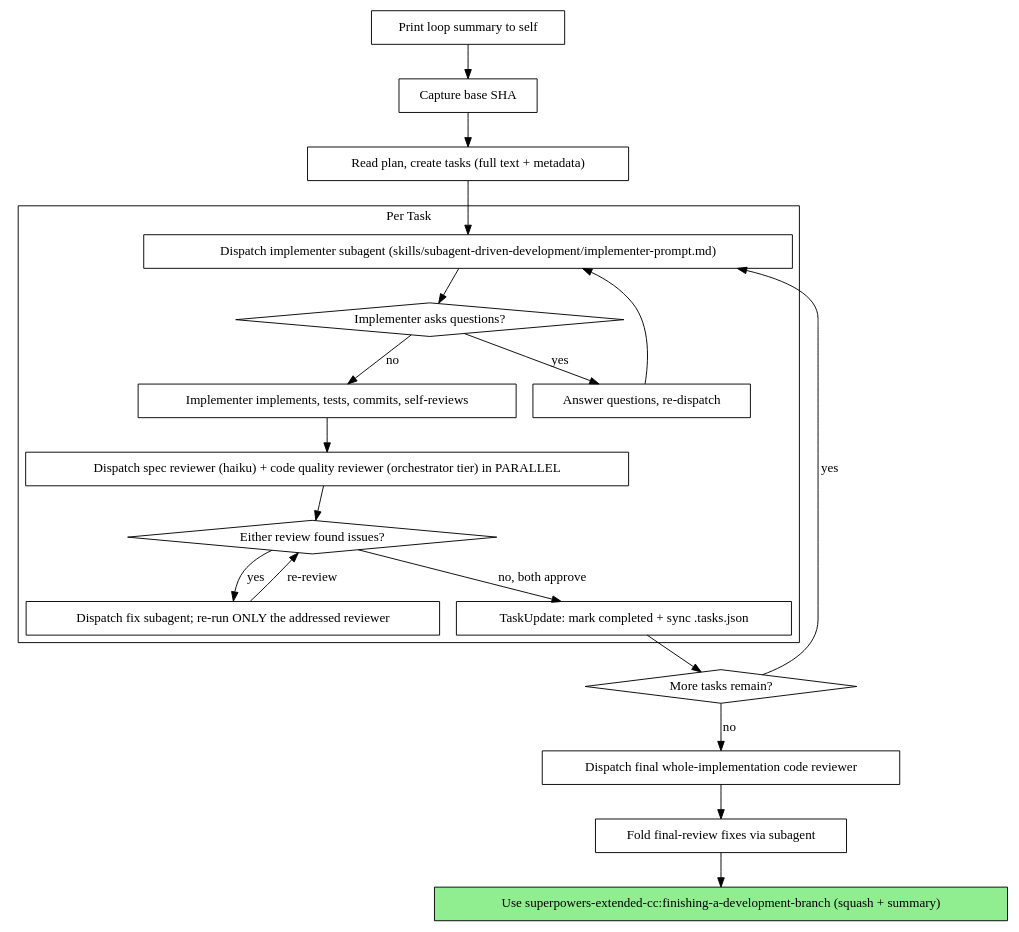
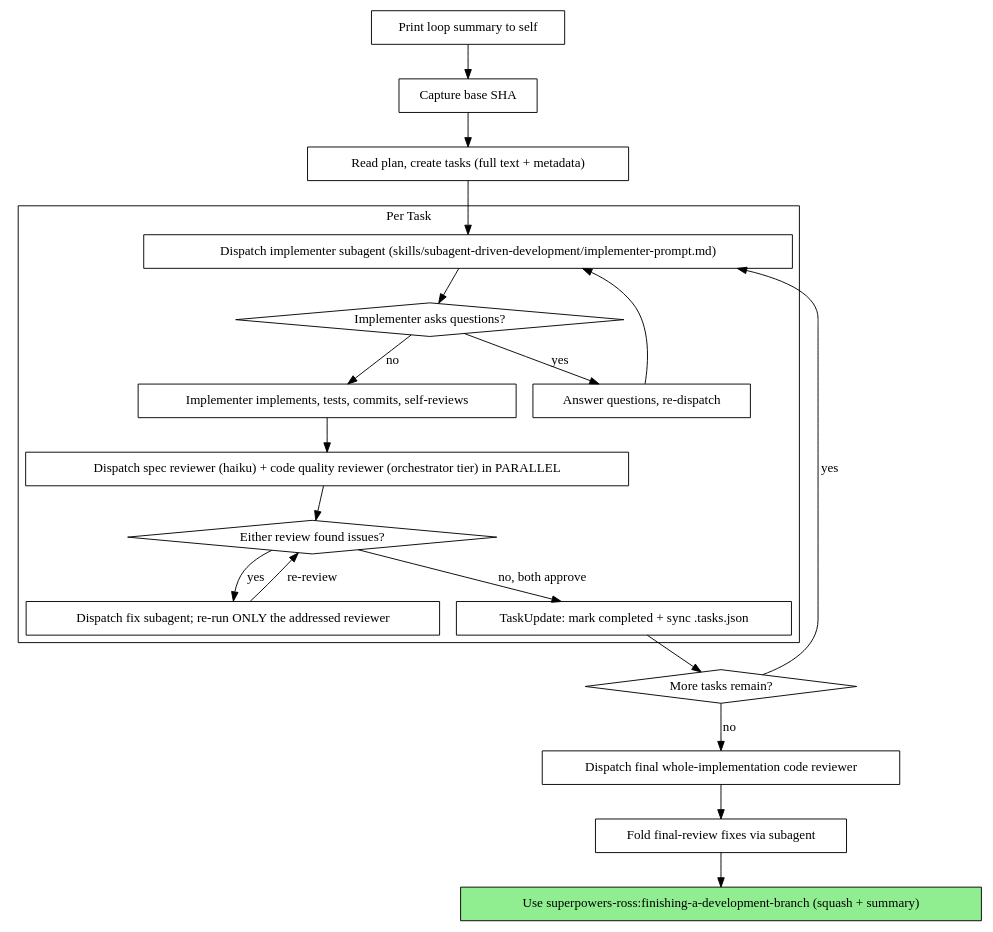
One commit to rossturner/superpowers changed the second of 2 diagrams in skills/subagent-driven-development/SKILL.md. Above: the diagram before and after it, drawn with Graphviz. The commit also changed other lines of this file and 27 other files, not shown here.

First line of the commit message:
chore: rename plugin to superpowers-ross

````diff
--- a/skills/subagent-driven-development/SKILL.md
+++ b/skills/subagent-driven-development/SKILL.md
@@ -48,44 +48,44 @@
 ```dot
 digraph process {
     rankdir=TB;
 
     "Print loop summary to self" [shape=box];
     "Capture base SHA" [shape=box];
     "Read plan, create tasks (full text + metadata)" [shape=box];
 
     subgraph cluster_per_task {
         label="Per Task";
         "Dispatch implementer subagent (skills/subagent-driven-development/implementer-prompt.md)" [shape=box];
         "Implementer asks questions?" [shape=diamond];
         "Answer questions, re-dispatch" [shape=box];
         "Implementer implements, tests, commits, self-reviews" [shape=box];
         "Dispatch spec reviewer (haiku) + code quality reviewer (orchestrator tier) in PARALLEL" [shape=box];
         "Either review found issues?" [shape=diamond];
         "Dispatch fix subagent; re-run ONLY the addressed reviewer" [shape=box];
         "TaskUpdate: mark completed + sync .tasks.json" [shape=box];
     }
 
     "More tasks remain?" [shape=diamond];
     "Dispatch final whole-implementation code reviewer" [shape=box];
     "Fold final-review fixes via subagent" [shape=box];
-    "Use superpowers-extended-cc:finishing-a-development-branch (squash + summary)" [shape=box style=filled fillcolor=lightgreen];
+    "Use superpowers-ross:finishing-a-development-branch (squash + summary)" [shape=box style=filled fillcolor=lightgreen];
 
     "Print loop summary to self" -> "Capture base SHA";
     "Capture base SHA" -> "Read plan, create tasks (full text + metadata)";
     "Read plan, create tasks (full text + metadata)" -> "Dispatch implementer subagent (skills/subagent-driven-development/implementer-prompt.md)";
     "Dispatch implementer subagent (skills/subagent-driven-development/implementer-prompt.md)" -> "Implementer asks questions?";
     "Implementer asks questions?" -> "Answer questions, re-dispatch" [label="yes"];
     "Answer questions, re-dispatch" -> "Dispatch implementer subagent (skills/subagent-driven-development/implementer-prompt.md)";
     "Implementer asks questions?" -> "Implementer implements, tests, commits, self-reviews" [label="no"];
     "Implementer implements, tests, commits, self-reviews" -> "Dispatch spec reviewer (haiku) + code quality reviewer (orchestrator tier) in PARALLEL";
     "Dispatch spec reviewer (haiku) + code quality reviewer (orchestrator tier) in PARALLEL" -> "Either review found issues?";
     "Either review found issues?" -> "Dispatch fix subagent; re-run ONLY the addressed reviewer" [label="yes"];
     "Dispatch fix subagent; re-run ONLY the addressed reviewer" -> "Either review found issues?" [label="re-review"];
     "Either review found issues?" -> "TaskUpdate: mark completed + sync .tasks.json" [label="no, both approve"];
     "TaskUpdate: mark completed + sync .tasks.json" -> "More tasks remain?";
     "More tasks remain?" -> "Dispatch implementer subagent (skills/subagent-driven-development/implementer-prompt.md)" [label="yes"];
     "More tasks remain?" -> "Dispatch final whole-implementation code reviewer" [label="no"];
     "Dispatch final whole-implementation code reviewer" -> "Fold final-review fixes via subagent";
-    "Fold final-review fixes via subagent" -> "Use superpowers-extended-cc:finishing-a-development-branch (squash + summary)";
+    "Fold final-review fixes via subagent" -> "Use superpowers-ross:finishing-a-development-branch (squash + summary)";
 }
 ```
````
